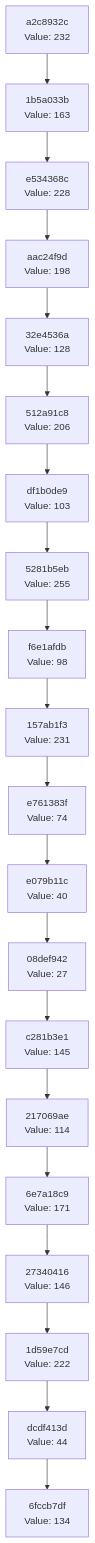
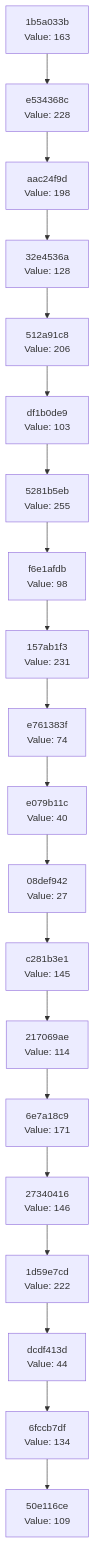
One commit to Abhisheksinha1506/hash-chain-evolver changed the diagram in docs/CHAIN_VISUALIZATION.md. Above: the diagram before and after it, drawn with Mermaid. The commit also changed 2 other files, not shown here.

Commit message:
Evolution step: hash 0x6D → action executed

````diff
--- a/docs/CHAIN_VISUALIZATION.md
+++ b/docs/CHAIN_VISUALIZATION.md
@@ -3,42 +3,42 @@
 ```mermaid
 graph TD
-    C0["6fccb7df<br/>Value: 134"]
-    C1["dcdf413d<br/>Value: 44"]
+    C0["50e116ce<br/>Value: 109"]
+    C1["6fccb7df<br/>Value: 134"]
     C1 --> C0
-    C2["1d59e7cd<br/>Value: 222"]
+    C2["dcdf413d<br/>Value: 44"]
     C2 --> C1
-    C3["27340416<br/>Value: 146"]
+    C3["1d59e7cd<br/>Value: 222"]
     C3 --> C2
-    C4["6e7a18c9<br/>Value: 171"]
+    C4["27340416<br/>Value: 146"]
     C4 --> C3
-    C5["217069ae<br/>Value: 114"]
+    C5["6e7a18c9<br/>Value: 171"]
     C5 --> C4
-    C6["c281b3e1<br/>Value: 145"]
+    C6["217069ae<br/>Value: 114"]
     C6 --> C5
-    C7["08def942<br/>Value: 27"]
+    C7["c281b3e1<br/>Value: 145"]
     C7 --> C6
-    C8["e079b11c<br/>Value: 40"]
+    C8["08def942<br/>Value: 27"]
     C8 --> C7
-    C9["e761383f<br/>Value: 74"]
+    C9["e079b11c<br/>Value: 40"]
     C9 --> C8
-    C10["157ab1f3<br/>Value: 231"]
+    C10["e761383f<br/>Value: 74"]
     C10 --> C9
-    C11["f6e1afdb<br/>Value: 98"]
+    C11["157ab1f3<br/>Value: 231"]
     C11 --> C10
-    C12["5281b5eb<br/>Value: 255"]
+    C12["f6e1afdb<br/>Value: 98"]
     C12 --> C11
-    C13["df1b0de9<br/>Value: 103"]
+    C13["5281b5eb<br/>Value: 255"]
     C13 --> C12
-    C14["512a91c8<br/>Value: 206"]
+    C14["df1b0de9<br/>Value: 103"]
     C14 --> C13
-    C15["32e4536a<br/>Value: 128"]
+    C15["512a91c8<br/>Value: 206"]
     C15 --> C14
-    C16["aac24f9d<br/>Value: 198"]
+    C16["32e4536a<br/>Value: 128"]
     C16 --> C15
-    C17["e534368c<br/>Value: 228"]
+    C17["aac24f9d<br/>Value: 198"]
     C17 --> C16
-    C18["1b5a033b<br/>Value: 163"]
+    C18["e534368c<br/>Value: 228"]
     C18 --> C17
-    C19["a2c8932c<br/>Value: 232"]
+    C19["1b5a033b<br/>Value: 163"]
     C19 --> C18
 ```
````
